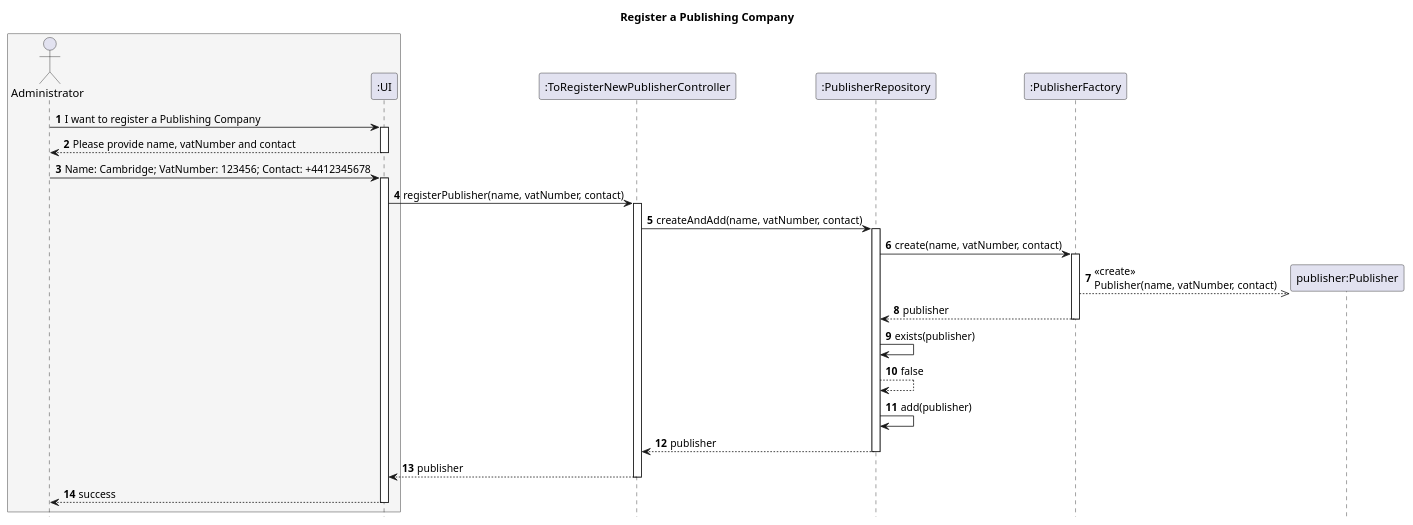
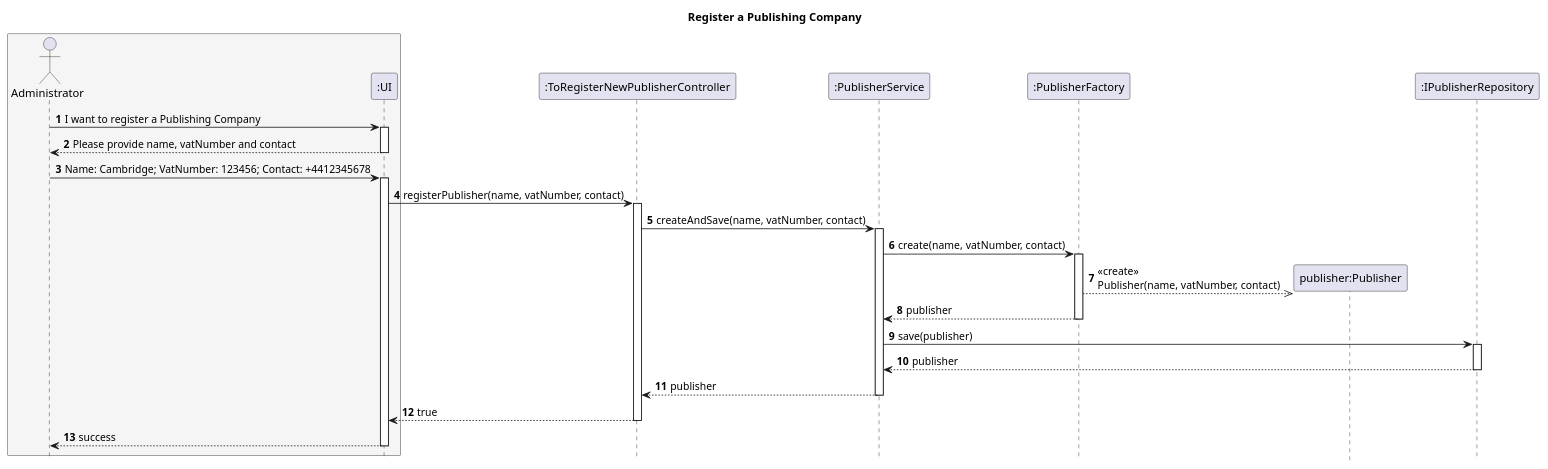
The diagram in Diagrams/SequenceDiagrams/N2/To-register-a-publishing-company-in-the-system.puml (AndrePereiraGitH/SWitCH-Project-Team_A), drawn with PlantUML before and after one commit. The commit also changed 3 other files, not shown here.

```diff
--- a/Diagrams/SequenceDiagrams/N2/To-register-a-publishing-company-in-the-system.puml
+++ b/Diagrams/SequenceDiagrams/N2/To-register-a-publishing-company-in-the-system.puml
@@ -1,44 +1,48 @@
 @startuml
 hide footbox
 autonumber
 title Register a Publishing Company
 
 box #WhiteSmoke
 actor Administrator
 participant ":UI" as UI
 end box
 participant ":ToRegisterNewPublisherController" as Controller
-participant ":PublisherRepository" as PublisherRepository
-participant ":PublisherFactory" as PublisherFactory
+participant ":PublisherService" as Service
+participant ":PublisherFactory" as Factory
 participant "publisher:Publisher" as Publisher
+participant ":IPublisherRepository" as Repository
 
 Administrator -> UI : I want to register a Publishing Company
 activate UI
 UI --> Administrator : Please provide name, vatNumber and contact
 deactivate UI
 
 Administrator -> UI : Name: Cambridge; VatNumber: 123456; Contact: +4412345678
 activate UI
 UI -> Controller : registerPublisher(name, vatNumber, contact)
 activate Controller
 
-Controller -> PublisherRepository : createAndAdd(name, vatNumber, contact)
-activate PublisherRepository
+Controller -> Service : createAndSave(name, vatNumber, contact)
+activate Service
 
-PublisherRepository -> PublisherFactory : create(name, vatNumber, contact)
-activate PublisherFactory
-PublisherFactory -->> Publisher ** : <<create>>\nPublisher(name, vatNumber, contact)
-PublisherFactory --> PublisherRepository : publisher
-deactivate PublisherFactory
+Service -> Factory : create(name, vatNumber, contact)
+activate Factory
+Factory -->> Publisher ** : <<create>>\nPublisher(name, vatNumber, contact)
+Factory --> Service : publisher
+deactivate Factory
 
-PublisherRepository -> PublisherRepository : exists(publisher)
-PublisherRepository --> PublisherRepository : false
-PublisherRepository -> PublisherRepository : add(publisher)
-PublisherRepository --> Controller : publisher
-deactivate PublisherRepository
+Service -> Repository : save(publisher)
+activate Repository
+Repository --> Service : publisher
+deactivate Repository
 
-Controller --> UI : publisher
+Service --> Controller : publisher
+deactivate Service
+
+Controller --> UI : true
 deactivate Controller
 UI --> Administrator : success
 deactivate UI
+
 @enduml
```
